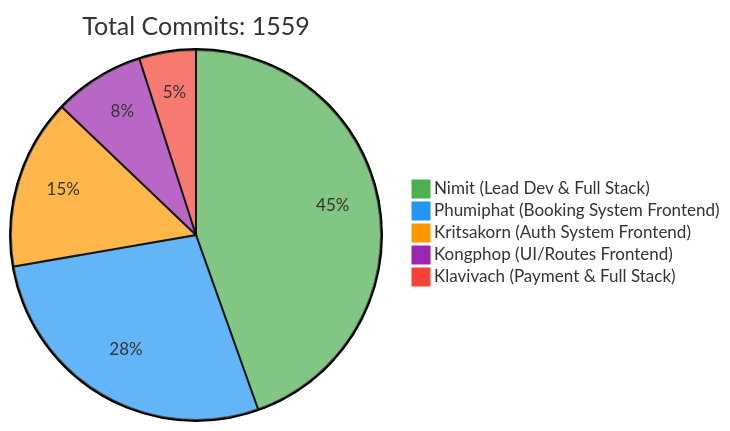
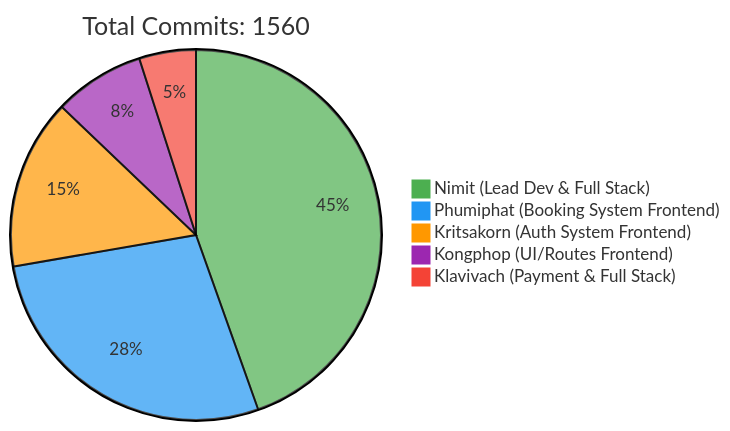
The first of 2 diagrams in README.md (6531503042/Sport-Complex), drawn with Mermaid before and after one commit. The commit also changed other lines of this file, not shown here.

Commit message:
docs: Update contributor statistics [skip ci]

````diff
--- a/README.md
+++ b/README.md
@@ -257,10 +257,10 @@
 ```mermaid
 %%{init: {'theme': 'base', 'themeVariables': { 'pie1': '#4CAF50', 'pie2': '#2196F3', 'pie3': '#FF9800', 'pie4': '#9C27B0', 'pie5': '#F44336'}}}%%
 pie
-    title Total Commits: 1559
+    title Total Commits: 1560
     "Nimit (Lead Dev & Full Stack)" : 450
     "Phumiphat (Booking System Frontend)" : 280
     "Kritsakorn (Auth System Frontend)" : 150
     "Kongphop (UI/Routes Frontend)" : 80
     "Klavivach (Payment & Full Stack)" : 50
 ```
````
